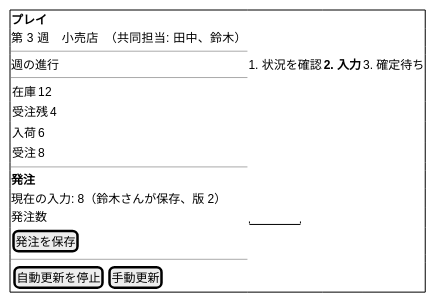
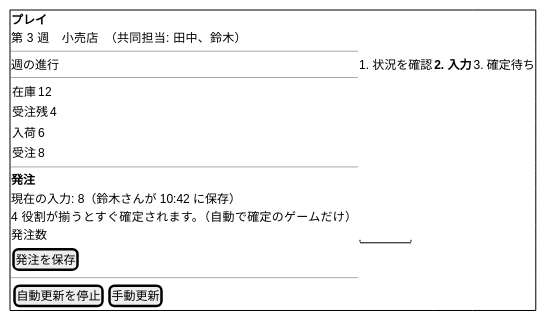
The fourth of 15 diagrams in docs/design/beer-game-kotlin/ui-design.md (k2works/case-study-beer-game-simulation), drawn with PlantUML before and after one commit. The commit also changed other lines of this file and 10 other files, not shown here.

````diff
--- a/docs/design/beer-game-kotlin/ui-design.md
+++ b/docs/design/beer-game-kotlin/ui-design.md
@@ -209,22 +219,23 @@
 ```plantuml
 @startsalt
 {+
   <b>プレイ
   第 3 週　小売店　（共同担当: 田中、鈴木）
   ---
   週の進行 | 1. 状況を確認 | <b>2. 入力 | 3. 確定待ち
   ---
   { 在庫 | 12 }
   { 受注残 | 4 }
   { 入荷 | 6 }
   { 受注 | 8 }
   ---
   <b>発注
-  現在の入力: 8（鈴木さんが保存、版 2）
+  現在の入力: 8（鈴木さんが 10:42 に保存）
+  4 役割が揃うとすぐ確定されます。（自動で確定のゲームだけ）
   発注数 | "      "
   [ 発注を保存 ]
   ---
   { [ 自動更新を停止 ] | [ 手動更新 ] }
 }
 @endsalt
 ```
````
